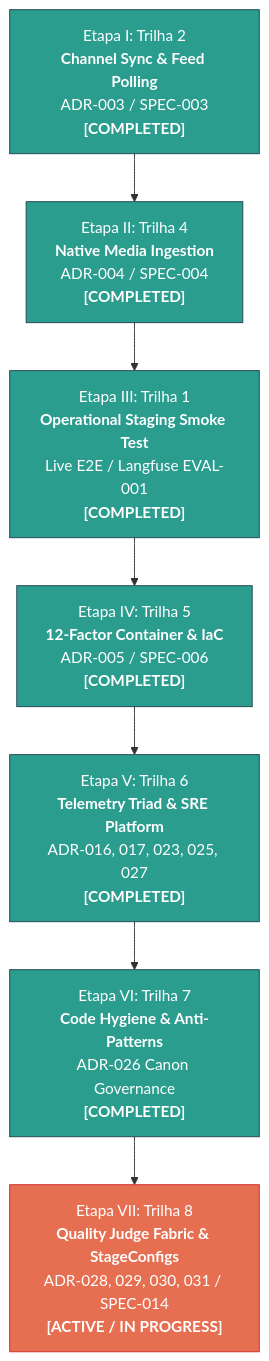
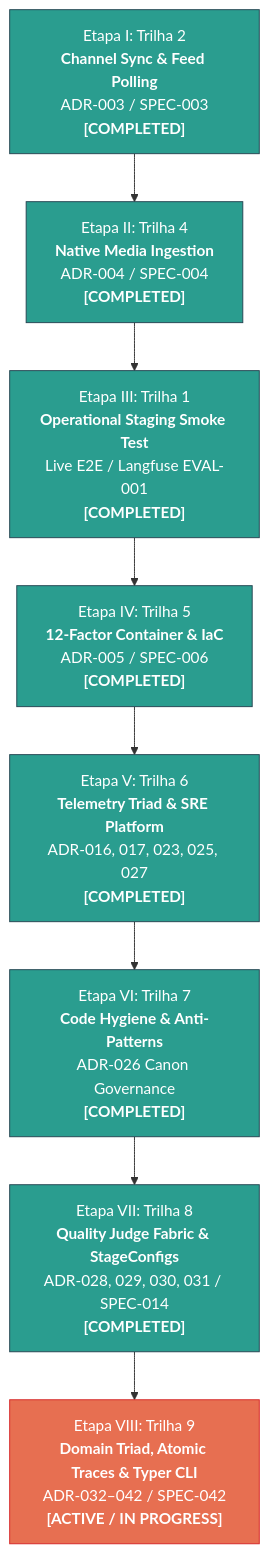
Before and after one commit to faustostangler/PES: the diagram in docs/architecture/strategic_implementation_roadmap.md, drawn with Mermaid. The commit also changed other lines of this file and 93 other files, not shown here.

Commit message:
feat: initialize cresmo core architecture, pipeline components, tests, and documentation

````diff
--- a/docs/architecture/strategic_implementation_roadmap.md
+++ b/docs/architecture/strategic_implementation_roadmap.md
@@ -17,15 +17,16 @@
 ```mermaid
 flowchart TD
     T2["Etapa I: Trilha 2<br><b>Channel Sync & Feed Polling</b><br>ADR-003 / SPEC-003<br><b>[COMPLETED]</b>"] --> 
     T4["Etapa II: Trilha 4<br><b>Native Media Ingestion</b><br>ADR-004 / SPEC-004<br><b>[COMPLETED]</b>"] --> 
     T1["Etapa III: Trilha 1<br><b>Operational Staging Smoke Test</b><br>Live E2E / Langfuse EVAL-001<br><b>[COMPLETED]</b>"] --> 
     T5["Etapa IV: Trilha 5<br><b>12-Factor Container & IaC</b><br>ADR-005 / SPEC-006<br><b>[COMPLETED]</b>"] -->
     T6["Etapa V: Trilha 6<br><b>Telemetry Triad & SRE Platform</b><br>ADR-016, 017, 023, 025, 027<br><b>[COMPLETED]</b>"] -->
     T7["Etapa VI: Trilha 7<br><b>Code Hygiene & Anti-Patterns</b><br>ADR-026 Canon Governance<br><b>[COMPLETED]</b>"] -->
-    T8["Etapa VII: Trilha 8<br><b>Quality Judge Fabric & StageConfigs</b><br>ADR-028, 029, 030, 031 / SPEC-014<br><b>[ACTIVE / IN PROGRESS]</b>"]
+    T8["Etapa VII: Trilha 8<br><b>Quality Judge Fabric & StageConfigs</b><br>ADR-028, 029, 030, 031 / SPEC-014<br><b>[COMPLETED]</b>"] -->
+    T9["Etapa VIII: Trilha 9<br><b>Domain Triad, Atomic Traces & Typer CLI</b><br>ADR-032–042 / SPEC-042<br><b>[ACTIVE / IN PROGRESS]</b>"]
 
     classDef done fill:#2a9d8f,stroke:#264653,color:#fff;
     classDef active fill:#e76f51,stroke:#d62828,color:#fff;
-    class T2,T4,T1,T5,T6,T7 done;
-    class T8 active;
+    class T2,T4,T1,T5,T6,T7,T8 done;
+    class T9 active;
 ```
````
